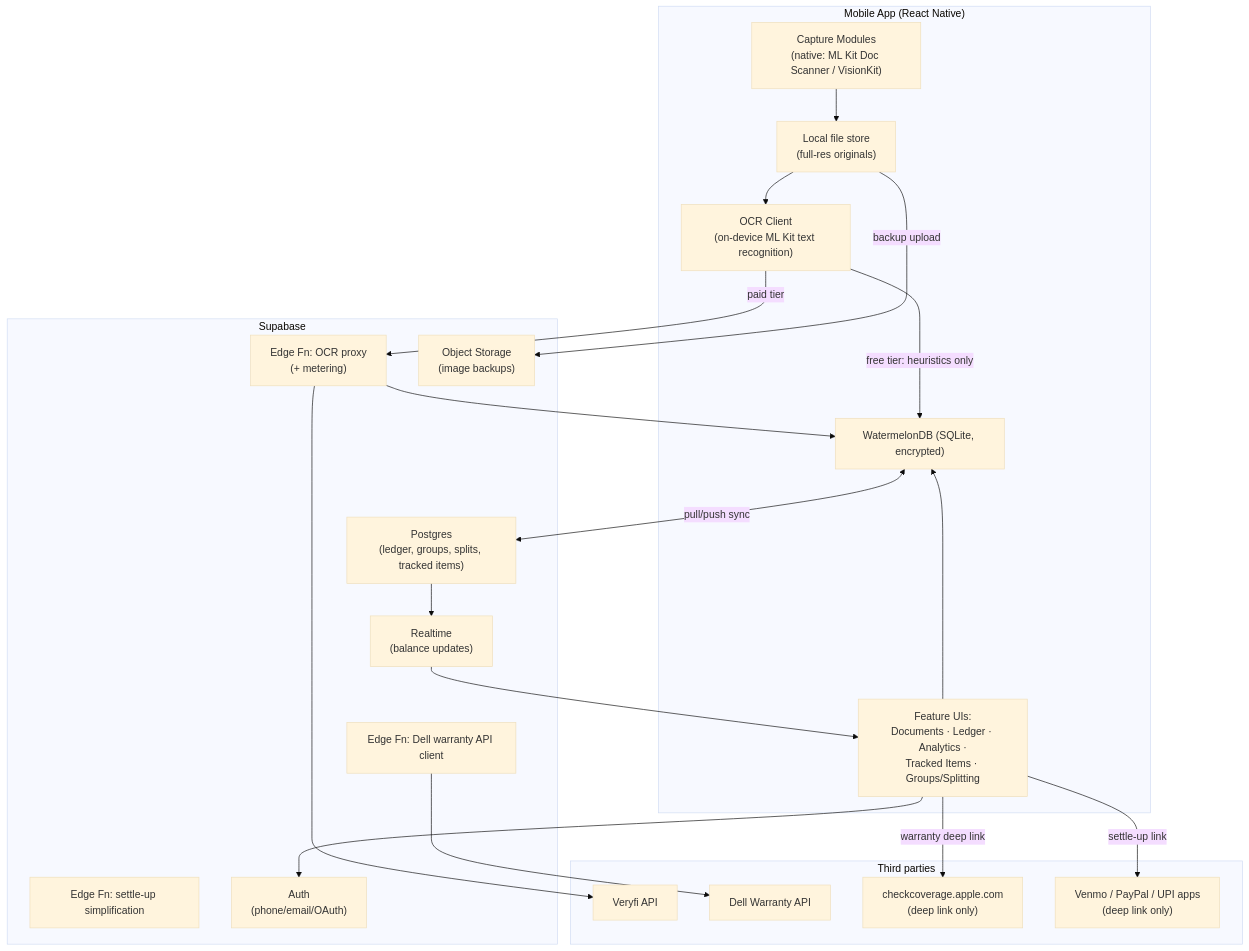
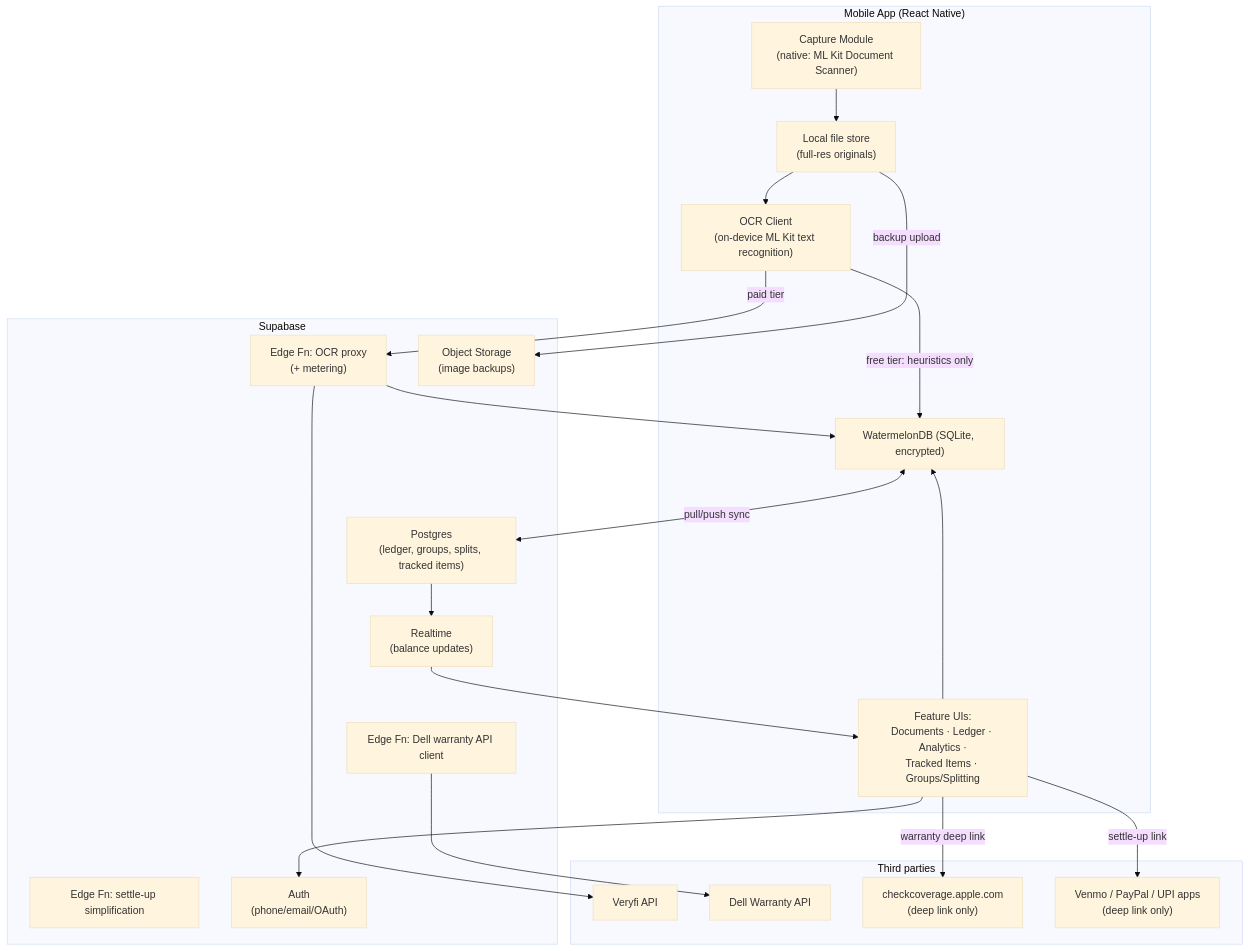
The diagram in docs/ARCHITECTURE.md (niravpatelon-hue/Document-Tracker), drawn with Mermaid (base theme) before and after one commit. The commit also changed other lines of this file and 1 other file, not shown here.

````diff
--- a/docs/ARCHITECTURE.md
+++ b/docs/ARCHITECTURE.md
@@ -40,42 +43,42 @@
 ```mermaid
 flowchart TB
     subgraph Device["Mobile App (React Native)"]
-        Cam["Capture Modules\n(native: ML Kit Doc Scanner / VisionKit)"]
+        Cam["Capture Module\n(native: ML Kit Document Scanner)"]
         OCRClient["OCR Client\n(on-device ML Kit text recognition)"]
         LocalDB["WatermelonDB (SQLite, encrypted)"]
         LocalFiles["Local file store\n(full-res originals)"]
         UI["Feature UIs:\nDocuments · Ledger · Analytics ·\nTracked Items · Groups/Splitting"]
     end
 
     subgraph Backend["Supabase"]
         EdgeOCR["Edge Fn: OCR proxy\n(+ metering)"]
         EdgeWarranty["Edge Fn: Dell warranty API client"]
         EdgeSettle["Edge Fn: settle-up simplification"]
         Postgres["Postgres\n(ledger, groups, splits, tracked items)"]
         Storage["Object Storage\n(image backups)"]
         Realtime["Realtime\n(balance updates)"]
         Auth["Auth\n(phone/email/OAuth)"]
     end
 
     subgraph ThirdParty["Third parties"]
         Veryfi["Veryfi API"]
         Dell["Dell Warranty API"]
         AppleWeb["checkcoverage.apple.com\n(deep link only)"]
         PayApps["Venmo / PayPal / UPI apps\n(deep link only)"]
     end
 
     Cam --> LocalFiles
     LocalFiles --> OCRClient
     OCRClient -- "free tier: heuristics only" --> LocalDB
     OCRClient -- "paid tier" --> EdgeOCR
     EdgeOCR --> Veryfi
     EdgeOCR --> LocalDB
     LocalDB <-- "pull/push sync" --> Postgres
     LocalFiles -- "backup upload" --> Storage
     UI --> LocalDB
     UI -- "settle-up link" --> PayApps
     UI -- "warranty deep link" --> AppleWeb
     EdgeWarranty --> Dell
     Postgres --> Realtime --> UI
     UI --> Auth
 ```
````
